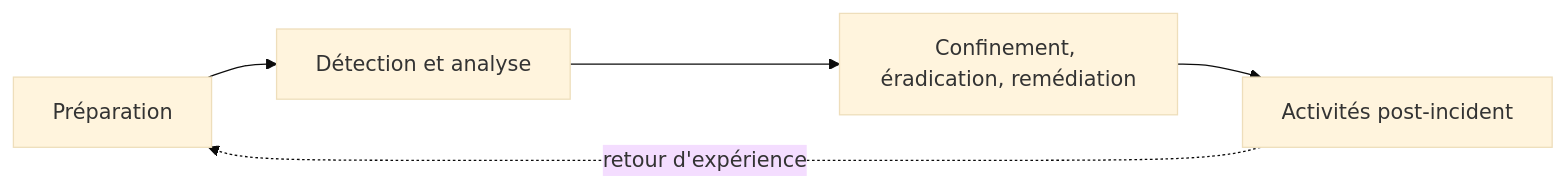
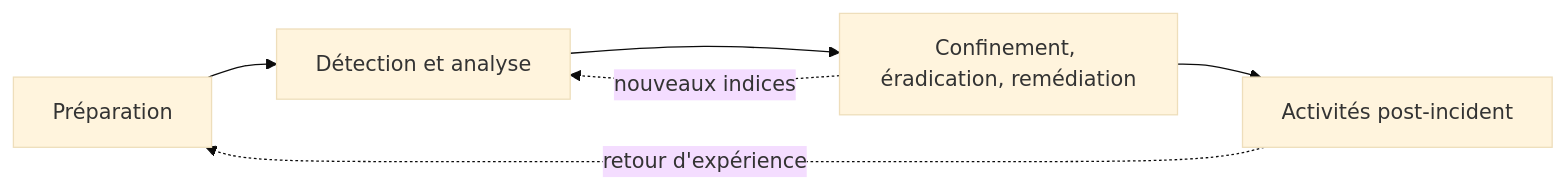
The diagram in content/courses/dfir/01-introduction-dfir-methodologie.md (AureDulvresse/nyx), drawn with Mermaid (base theme) before and after one commit. The commit also changed other lines of this file and 167 other files, not shown here.

````diff
--- a/content/courses/dfir/01-introduction-dfir-methodologie.md
+++ b/content/courses/dfir/01-introduction-dfir-methodologie.md
@@ -38,7 +67,8 @@
 ```mermaid
 graph LR
-    A[Préparation] --> B[Détection et analyse]
-    B --> C[Confinement, éradication, remédiation]
-    C --> D[Activités post-incident]
-    D -.retour d'expérience.-> A
+    A["Préparation"] --> B["Détection et analyse"]
+    B --> C["Confinement, éradication, remédiation"]
+    C --> D["Activités post-incident"]
+    D -.->|"retour d'expérience"| A
+    C -.->|"nouveaux indices"| B
 ```
````
